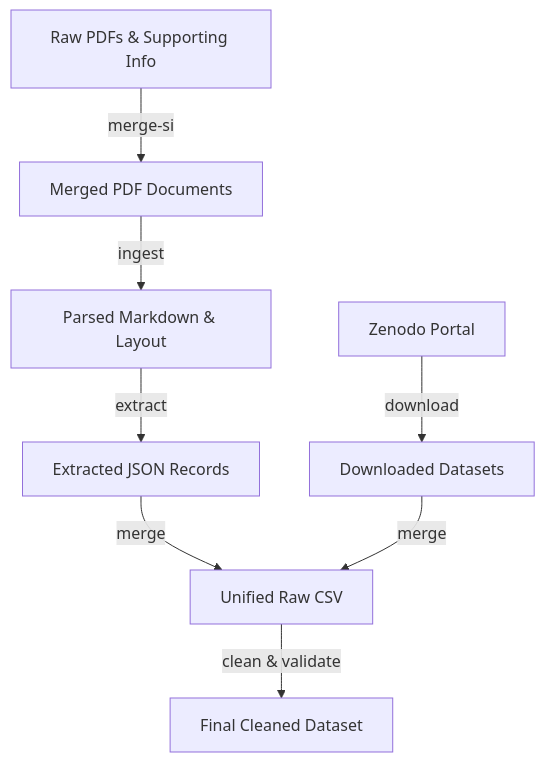
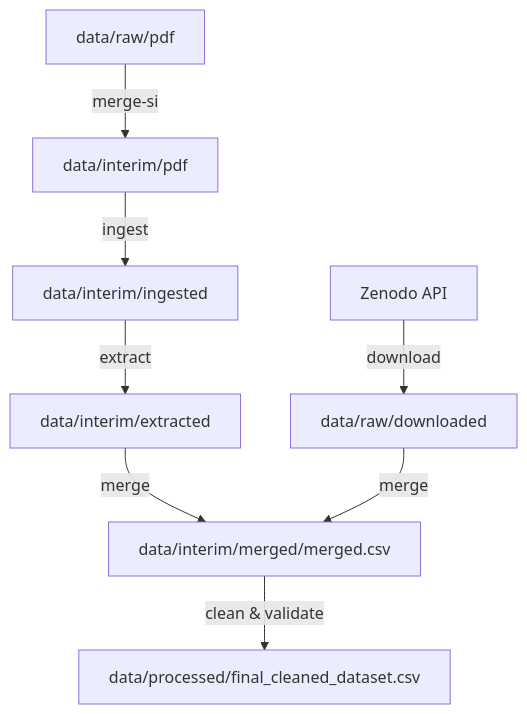
Before and after one commit to chem-data-extraction/photocatalytic-degradation-of-organic-dyes: the diagram in README.md, drawn with Mermaid. The commit also changed other lines of this file and 425 other files, not shown here.

````diff
--- a/README.md
+++ b/README.md
@@ -11,10 +61,10 @@
 ```mermaid
 graph TD
-    A[Raw PDFs & Supporting Info] -->|merge-si| B[Merged PDF Documents]
-    B -->|ingest| C[Parsed Markdown & Layout]
-    C -->|extract| D[Extracted JSON Records]
-    E[Zenodo Portal] -->|download| F[Downloaded Datasets]
-    D -->|merge| G[Unified Raw CSV]
+    A[data/raw/pdf] -->|merge-si| B[data/interim/pdf]
+    B -->|ingest| C[data/interim/ingested]
+    C -->|extract| D[data/interim/extracted]
+    E[Zenodo API] -->|download| F[data/raw/downloaded]
+    D -->|merge| G[data/interim/merged/merged.csv]
     F -->|merge| G
-    G -->|clean & validate| H[Final Cleaned Dataset]
+    G -->|clean & validate| H[data/processed/final_cleaned_dataset.csv]
 ```
````
